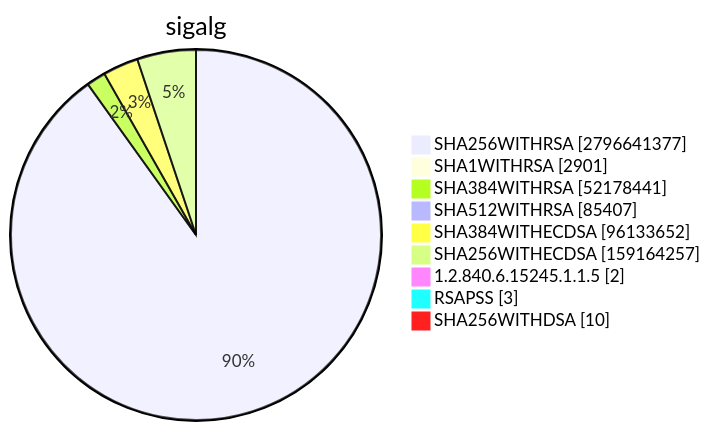
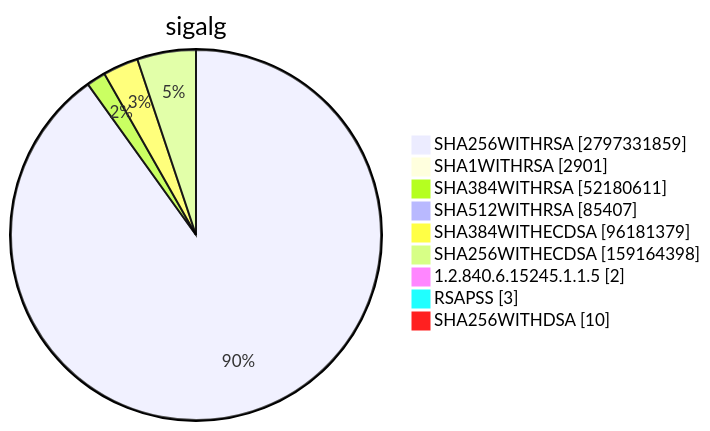
Diagram 15 of 15 in TOTAL/README.md (christiankrug/ctmonitor_visualization), drawn with Mermaid before and after one commit. The commit also changed other lines of this file, not shown here.

````diff
--- a/TOTAL/README.md
+++ b/TOTAL/README.md
@@ -6205,13 +6205,13 @@
 ```mermaid
 pie showData
 title sigalg
-"SHA256WITHRSA" :2796641377
+"SHA256WITHRSA" :2797331859
 "SHA1WITHRSA" :2901
-"SHA384WITHRSA" :52178441
+"SHA384WITHRSA" :52180611
 "SHA512WITHRSA" :85407
-"SHA384WITHECDSA" :96133652
-"SHA256WITHECDSA" :159164257
+"SHA384WITHECDSA" :96181379
+"SHA256WITHECDSA" :159164398
 "1.2.840.6.15245.1.1.5" :2
 "RSAPSS" :3
 "SHA256WITHDSA" :10
 ```
````
